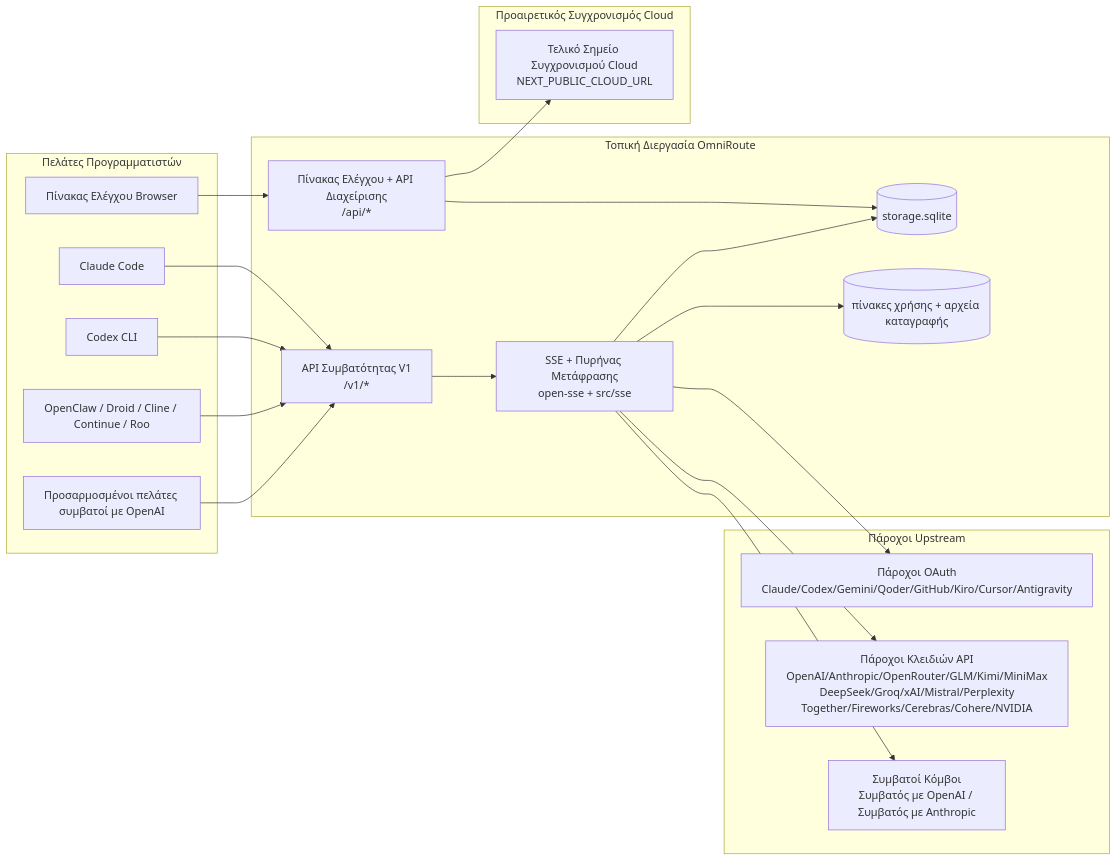
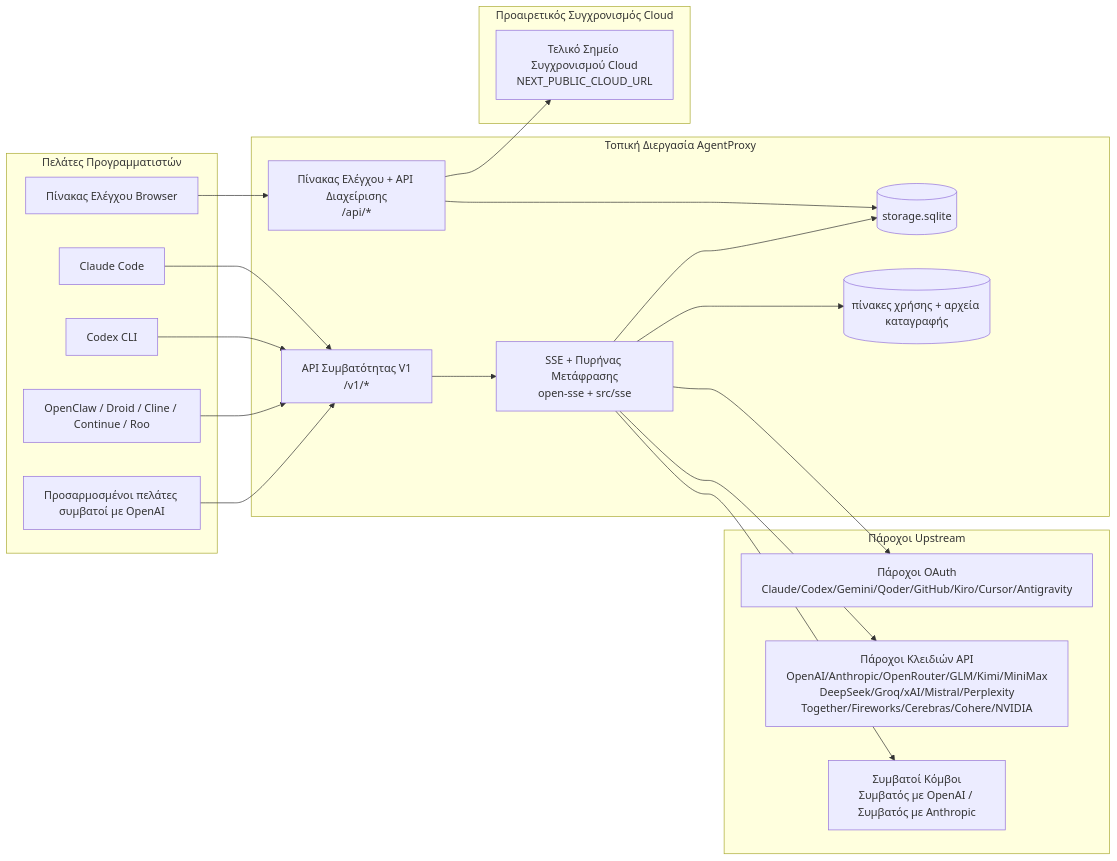
The first of 7 diagrams in docs/i18n/el/docs/architecture/ARCHITECTURE.md (khanhkit/AgentProxy), drawn with Mermaid before and after one commit. The commit also changed other lines of this file and 6043 other files, not shown here.

Commit message:
wip(release): checkpoint AgentProxy identity cleanup

````diff
--- a/docs/i18n/el/docs/architecture/ARCHITECTURE.md
+++ b/docs/i18n/el/docs/architecture/ARCHITECTURE.md
@@ -166,45 +166,45 @@
 ```mermaid
 flowchart LR
     subgraph Clients[Πελάτες Προγραμματιστών]
         C1[Claude Code]
         C2[Codex CLI]
         C3[OpenClaw / Droid / Cline / Continue / Roo]
         C4[Προσαρμοσμένοι πελάτες συμβατοί με OpenAI]
         BROWSER[Πίνακας Ελέγχου Browser]
     end
 
-    subgraph Router[Τοπική Διεργασία OmniRoute]
+    subgraph Router[Τοπική Διεργασία AgentProxy]
         API[API Συμβατότητας V1\n/v1/*]
         DASH[Πίνακας Ελέγχου + API Διαχείρισης\n/api/*]
         CORE[SSE + Πυρήνας Μετάφρασης\nopen-sse + src/sse]
         DB[(storage.sqlite)]
         UDB[(πίνακες χρήσης + αρχεία καταγραφής)]
     end
 
     subgraph Upstreams[Πάροχοι Upstream]
         P1[Πάροχοι OAuth\nClaude/Codex/Gemini/Qoder/GitHub/Kiro/Cursor/Antigravity]
         P2[Πάροχοι Κλειδιών API\nOpenAI/Anthropic/OpenRouter/GLM/Kimi/MiniMax\nDeepSeek/Groq/xAI/Mistral/Perplexity\nTogether/Fireworks/Cerebras/Cohere/NVIDIA]
         P3[Συμβατοί Κόμβοι\nΣυμβατός με OpenAI / Συμβατός με Anthropic]
     end
 
     subgraph Cloud[Προαιρετικός Συγχρονισμός Cloud]
         CLOUD[Τελικό Σημείο Συγχρονισμού Cloud\nNEXT_PUBLIC_CLOUD_URL]
     end
 
     C1 --> API
     C2 --> API
     C3 --> API
     C4 --> API
     BROWSER --> DASH
 
     API --> CORE
     DASH --> DB
     CORE --> DB
     CORE --> UDB
 
     CORE --> P1
     CORE --> P2
     CORE --> P3
 
     DASH --> CLOUD
 ```
````
